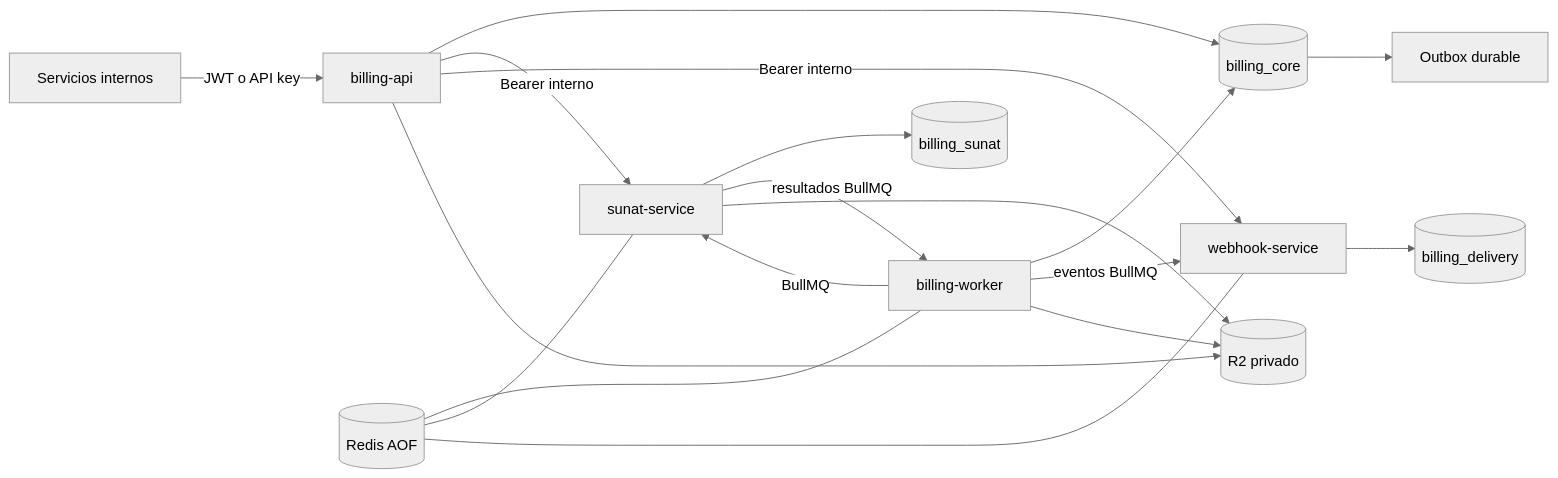
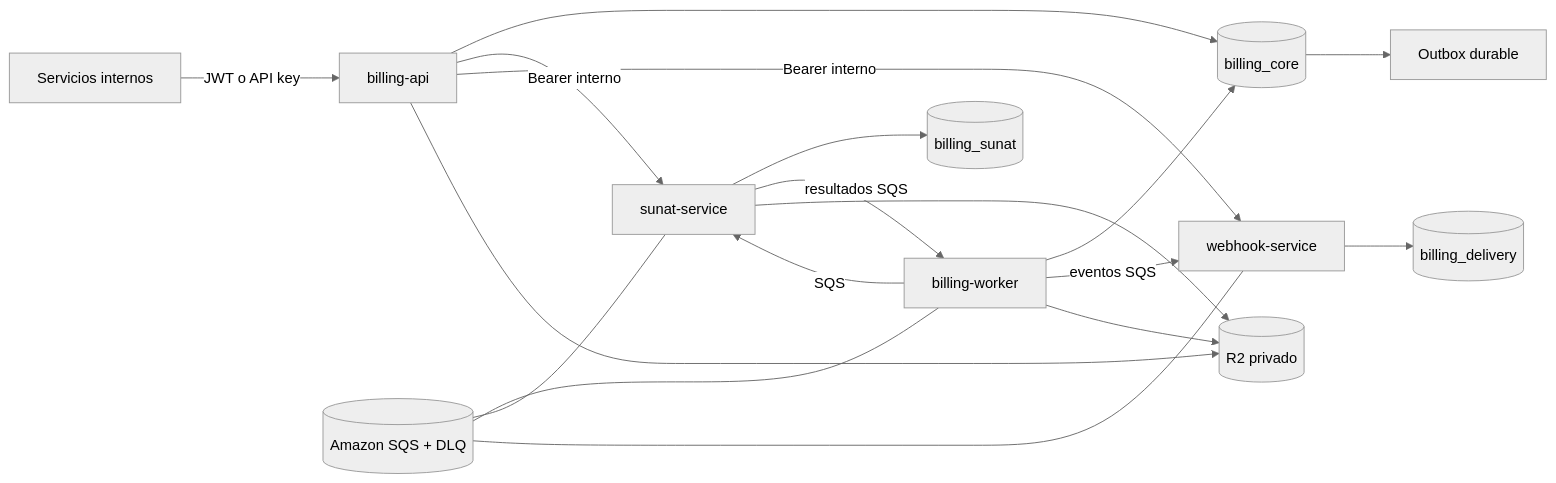
Before and after one commit to jezer10/facture_app: the diagram in docs/architecture.md, drawn with Mermaid (neutral theme). The commit also changed other lines of this file and 69 other files, not shown here.

````diff
--- a/docs/architecture.md
+++ b/docs/architecture.md
@@ -5,20 +5,20 @@
 ```mermaid
 flowchart LR
   Clients[Servicios internos] -->|JWT o API key| API[billing-api]
   API --> Core[(billing_core)]
   API -->|Bearer interno| Sunat[sunat-service]
   API -->|Bearer interno| Hooks[webhook-service]
   Core --> Outbox[Outbox durable]
   Worker[billing-worker] --> Core
-  Worker -->|BullMQ| Sunat
+  Worker -->|SQS| Sunat
   Sunat --> SunatDb[(billing_sunat)]
-  Sunat -->|resultados BullMQ| Worker
-  Worker -->|eventos BullMQ| Hooks
+  Sunat -->|resultados SQS| Worker
+  Worker -->|eventos SQS| Hooks
   Hooks --> DeliveryDb[(billing_delivery)]
   API --> R2[(R2 privado)]
   Worker --> R2
   Sunat --> R2
-  Queue[(Redis AOF)] --- Worker
+  Queue[(Amazon SQS + DLQ)] --- Worker
   Queue --- Sunat
   Queue --- Hooks
 ```
````
